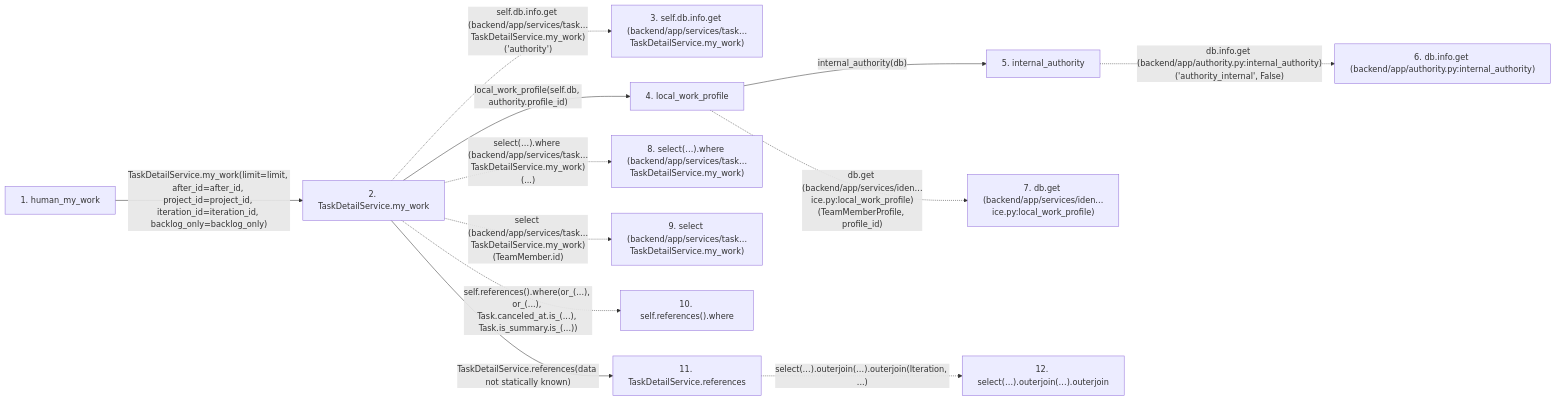
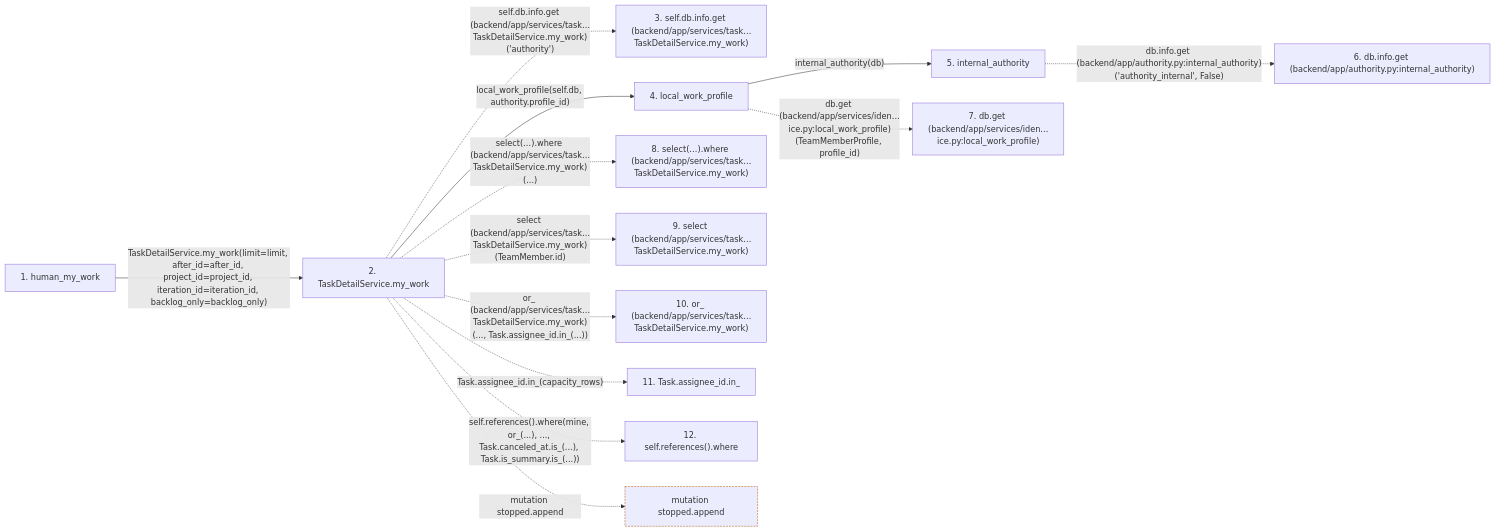
The second of 2 diagrams in docs/llm_wiki/flows/http-human_my_work.md (Denissvgn/WorkChord), drawn with Mermaid before and after one commit. The commit also changed other lines of this file and 674 other files, not shown here.

Commit message:
Sync the architectural wiki for showing stopped work

````diff
--- a/docs/llm_wiki/flows/http-human_my_work.md
+++ b/docs/llm_wiki/flows/http-human_my_work.md
@@ -165,31 +165,34 @@
 ```mermaid
 flowchart LR
     s1["1. human_my_work"]
     s2["2. TaskDetailService.my_work"]
     s3["3. self.db.info.get (backend/app/services/task…TaskDetailService.my_work)"]
     s4["4. local_work_profile"]
     s5["5. internal_authority"]
     s6["6. db.info.get (backend/app/authority.py:internal_authority)"]
     s7["7. db.get (backend/app/services/iden…ice.py:local_work_profile)"]
     s8["8. select(…).where (backend/app/services/task…TaskDetailService.my_work)"]
     s9["9. select (backend/app/services/task…TaskDetailService.my_work)"]
-    s10["10. self.references().where"]
-    s11["11. TaskDetailService.references"]
-    s12["12. select(…).outerjoin(…).outerjoin"]
+    s10["10. or_ (backend/app/services/task…TaskDetailService.my_work)"]
+    s11["11. Task.assignee_id.in_"]
+    s12["12. self.references().where"]
     s1 -->|"TaskDetailService.my_work(limit=limit, after_id=after_id, project_id=project_id, iteration_id=iteration_id, backlog_only=backlog_only)"| s2
     s2 -. "self.db.info.get (backend/app/services/task…TaskDetailService.my_work)('authority')" .-> s3
     s2 -->|"local_work_profile(self.db, authority.profile_id)"| s4
     s4 -->|"internal_authority(db)"| s5
     s5 -. "db.info.get (backend/app/authority.py:internal_authority)('authority_internal', False)" .-> s6
     s4 -. "db.get (backend/app/services/iden…ice.py:local_work_profile)(TeamMemberProfile, profile_id)" .-> s7
     s2 -. "select(…).where (backend/app/services/task…TaskDetailService.my_work)(...)" .-> s8
     s2 -. "select (backend/app/services/task…TaskDetailService.my_work)(TeamMember.id)" .-> s9
-    s2 -. "self.references().where(or_(...), or_(...), Task.canceled_at.is_(...), Task.is_summary.is_(...))" .-> s10
-    s2 -->|"TaskDetailService.references(data not statically known)"| s11
-    s11 -. "select(…).outerjoin(…).outerjoin(Iteration, ...)" .-> s12
+    s2 -. "or_ (backend/app/services/task…TaskDetailService.my_work)(..., Task.assignee_id.in_(...))" .-> s10
+    s2 -. "Task.assignee_id.in_(capacity_rows)" .-> s11
+    s2 -. "self.references().where(mine, or_(...), ..., Task.canceled_at.is_(...), Task.is_summary.is_(...))" .-> s12
+    b0["mutation stopped.append"]
+    s2 -. "mutation stopped.append" .-> b0
     click s1 "../modules/routers_task_domain.md"
     click s2 "../modules/task_detail_service.md"
     click s4 "../modules/identity_service.md"
     click s5 "../modules/authority.md"
-    click s11 "../modules/task_detail_service.md"
+    classDef boundary stroke:#b45309,stroke-dasharray: 4 2
+    class b0 boundary
 ```
````
